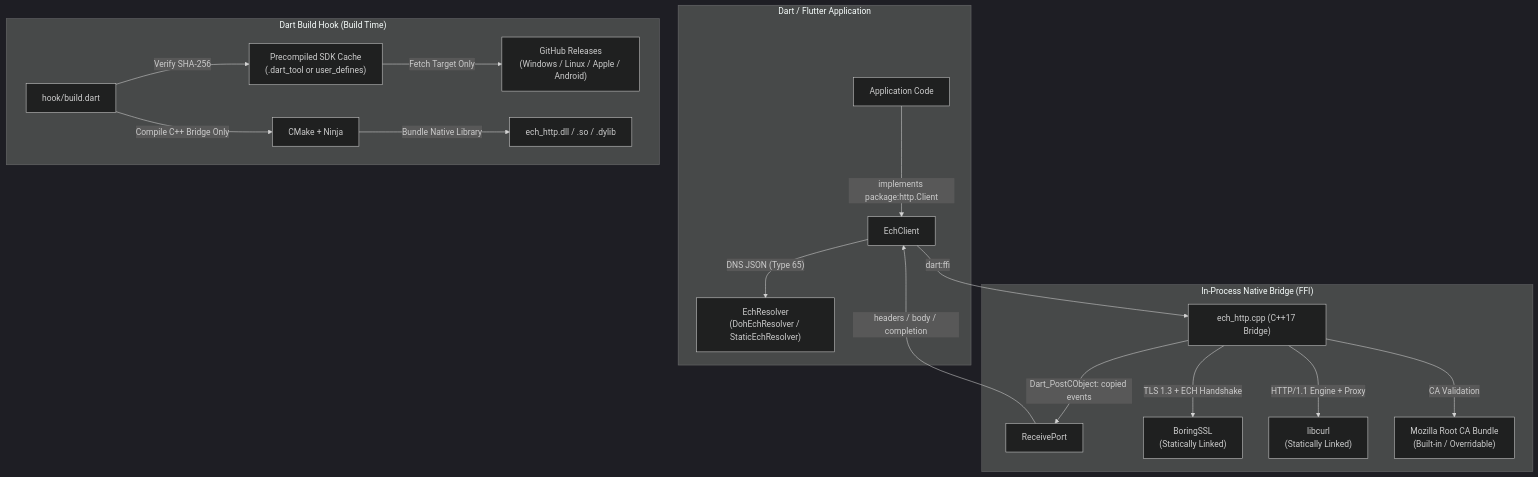
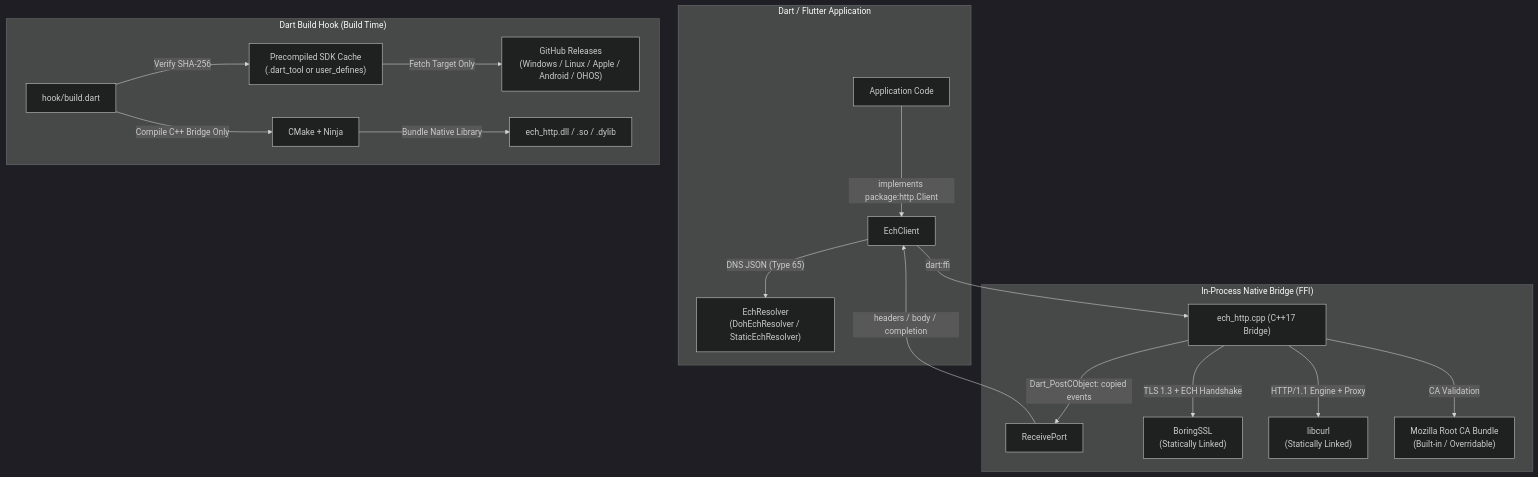
One commit to ech-research/ech_http changed the diagram in README.md. Above: the diagram before and after it, drawn with Mermaid (dark theme). The commit also changed other lines of this file and 23 other files, not shown here.

````diff
--- a/README.md
+++ b/README.md
@@ -19,23 +19,23 @@
 ```mermaid
 flowchart TD
     subgraph DartApp["Dart / Flutter Application"]
         Consumer["Application Code"] -->|"implements package:http.Client"| EchClient["EchClient"]
         EchClient -->|"DNS JSON (Type 65)"| Resolver["EchResolver\n(DohEchResolver / StaticEchResolver)"]
     end
 
     subgraph NativeBridge["In-Process Native Bridge (FFI)"]
         EchClient -->|"dart:ffi"| Bridge["ech_http.cpp (C++17 Bridge)"]
         Bridge -->|"Dart_PostCObject: copied events"| Events["ReceivePort"]
         Events -->|"headers / body / completion"| EchClient
         Bridge -->|"TLS 1.3 + ECH Handshake"| BoringSSL["BoringSSL\n(Statically Linked)"]
         Bridge -->|"HTTP/1.1 Engine + Proxy"| Libcurl["libcurl\n(Statically Linked)"]
         Bridge -->|"CA Validation"| MozRoots["Mozilla Root CA Bundle\n(Built-in / Overridable)"]
     end
 
     subgraph BuildSystem["Dart Build Hook (Build Time)"]
         Hook["hook/build.dart"] -->|"Verify SHA-256"| SDKCache["Precompiled SDK Cache\n(.dart_tool or user_defines)"]
-        SDKCache -->|"Fetch Target Only"| PrebuiltRepo["GitHub Releases\n(Windows / Linux / Apple / Android)"]
+        SDKCache -->|"Fetch Target Only"| PrebuiltRepo["GitHub Releases\n(Windows / Linux / Apple / Android / OHOS)"]
         Hook -->|"Compile C++ Bridge Only"| CMakeNinja["CMake + Ninja"]
         CMakeNinja -->|"Bundle Native Library"| OutputLib["ech_http.dll / .so / .dylib"]
     end
 ```
````
